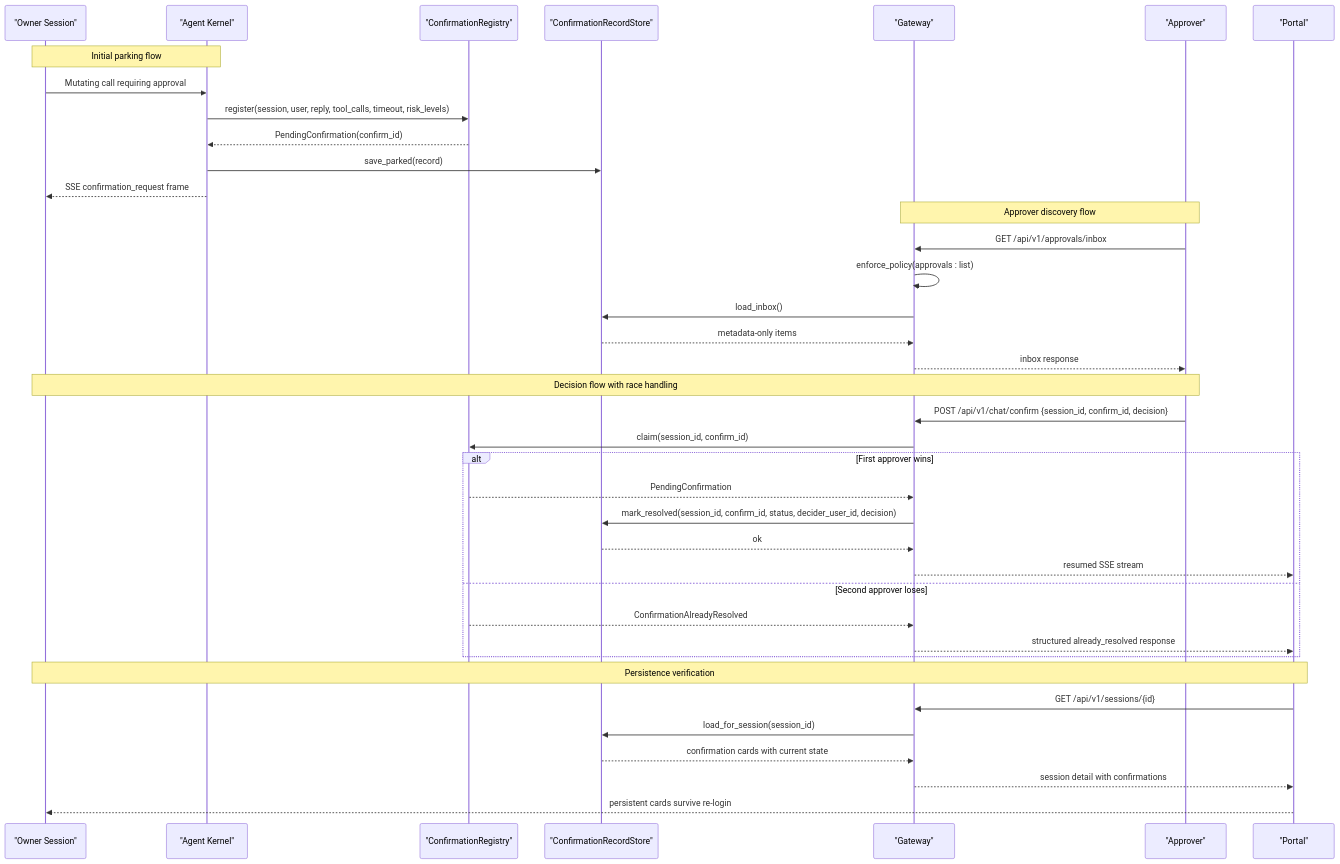
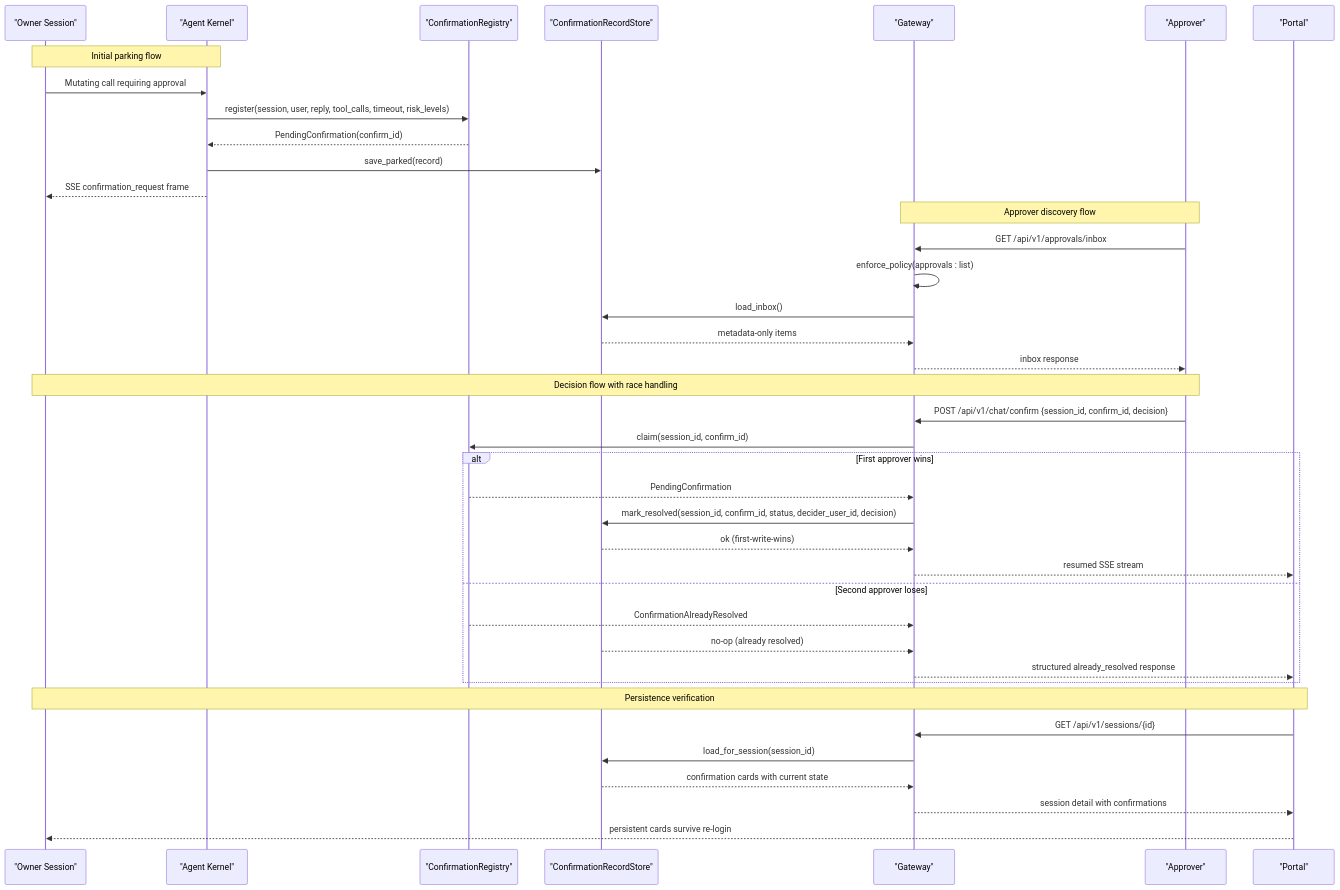
One commit to metasync/luban-aiops changed the second of 7 diagrams in .qoder/repowiki/en/content/Architecture Documentation/SPEC-031_ Approval Inbox and Persistent Confirmation Cards.md. Above: the diagram before and after it, drawn with Mermaid. The commit also changed other lines of this file and 6 other files, not shown here.

````diff
--- a/.qoder/repowiki/en/content/Architecture Documentation/SPEC-031_ Approval Inbox and Persistent Confirmation Cards.md
+++ b/.qoder/repowiki/en/content/Architecture Documentation/SPEC-031_ Approval Inbox and Persistent Confirmation Cards.md
@@ -102,40 +109,41 @@
 ```mermaid
 sequenceDiagram
 participant Owner as "Owner Session"
 participant Kernel as "Agent Kernel"
 participant Registry as "ConfirmationRegistry"
 participant Store as "ConfirmationRecordStore"
 participant Gateway as "Gateway"
 participant Approver as "Approver"
 participant Portal as "Portal"
 Note over Owner,Kernel : Initial parking flow
 Owner->>Kernel : Mutating call requiring approval
 Kernel->>Registry : register(session, user, reply, tool_calls, timeout, risk_levels)
 Registry-->>Kernel : PendingConfirmation(confirm_id)
 Kernel->>Store : save_parked(record)
 Kernel-->>Owner : SSE confirmation_request frame
 Note over Approver,Gateway : Approver discovery flow
 Approver->>Gateway : GET /api/v1/approvals/inbox
 Gateway->>Gateway : enforce_policy(approvals : list)
 Gateway->>Store : load_inbox()
 Store-->>Gateway : metadata-only items
 Gateway-->>Approver : inbox response
 Note over Approver,Owner : Decision flow with race handling
 Approver->>Gateway : POST /api/v1/chat/confirm {session_id, confirm_id, decision}
 Gateway->>Registry : claim(session_id, confirm_id)
 alt First approver wins
 Registry-->>Gateway : PendingConfirmation
 Gateway->>Store : mark_resolved(session_id, confirm_id, status, decider_user_id, decision)
-Store-->>Gateway : ok
+Store-->>Gateway : ok (first-write-wins)
 Gateway-->>Portal : resumed SSE stream
 else Second approver loses
 Registry-->>Gateway : ConfirmationAlreadyResolved
+Store-->>Gateway : no-op (already resolved)
 Gateway-->>Portal : structured already_resolved response
 end
 Note over Owner,Portal : Persistence verification
 Portal->>Gateway : GET /api/v1/sessions/{id}
 Gateway->>Store : load_for_session(session_id)
 Store-->>Gateway : confirmation cards with current state
 Gateway-->>Portal : session detail with confirmations
 Portal-->>Owner : persistent cards survive re-login
 ```
````
